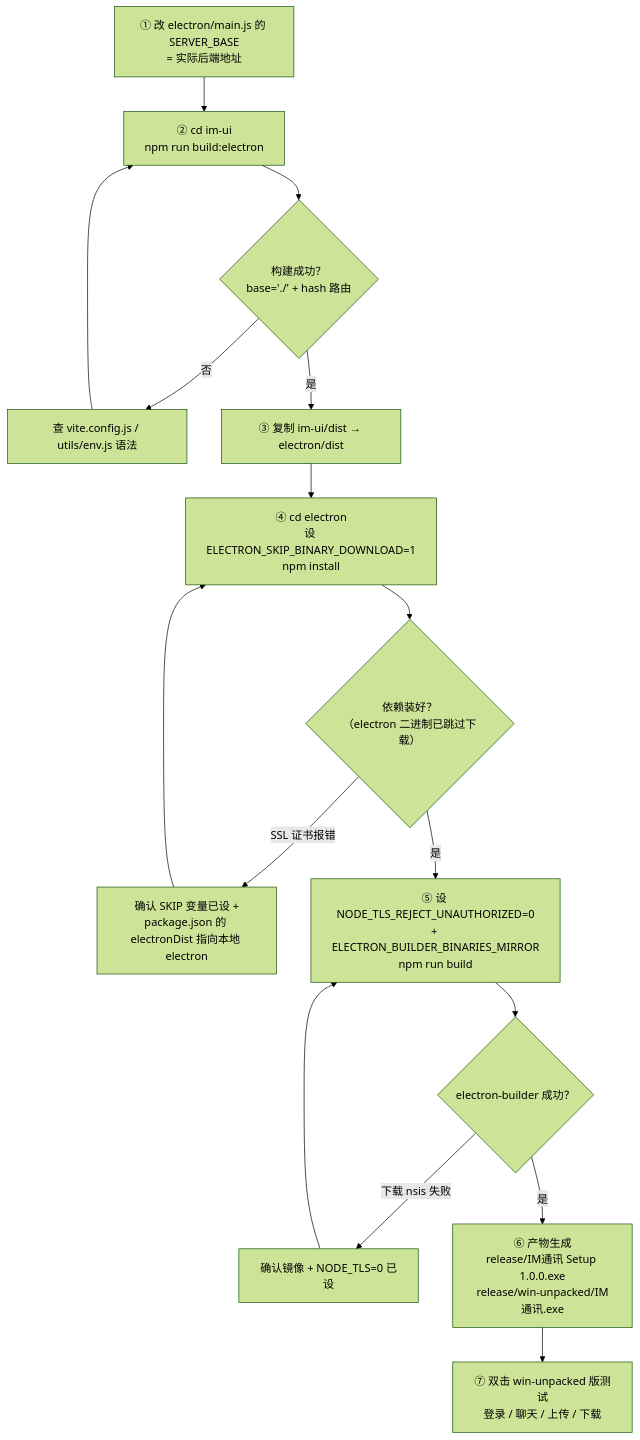
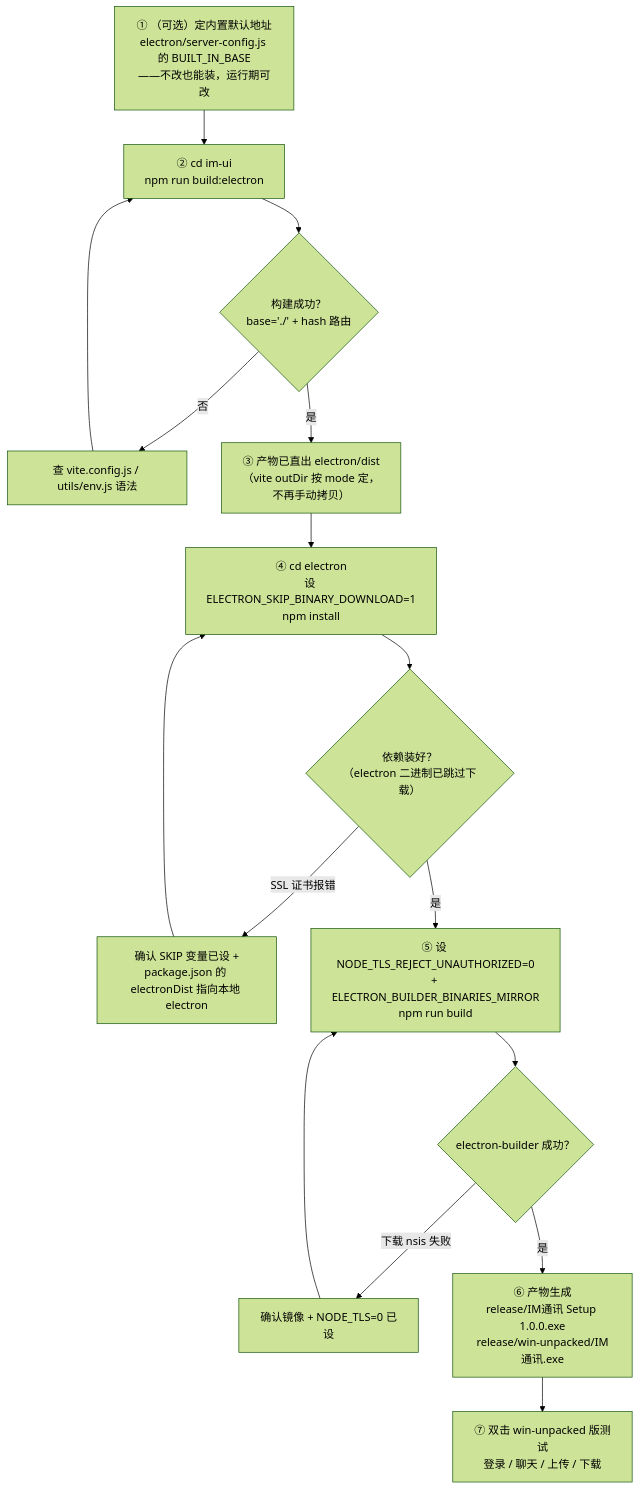
One commit to zhuxiaoyi412826/Veytalk changed the second of 3 diagrams in md/打包/Electron打包指南.md. Above: the diagram before and after it, drawn with Mermaid (forest theme). The commit also changed other lines of this file and 85 other files, not shown here.

````diff
--- a/md/打包/Electron打包指南.md
+++ b/md/打包/Electron打包指南.md
@@ -65,15 +65,15 @@
 ```mermaid
 flowchart TD
-    A["① 改 electron/main.js 的 SERVER_BASE<br/>= 实际后端地址"] --> B["② cd im-ui<br/>npm run build:electron"]
+    A["① （可选）定内置默认地址<br/>electron/server-config.js 的 BUILT_IN_BASE<br/>——不改也能装，运行期可改"] --> B["② cd im-ui<br/>npm run build:electron"]
     B --> C{"构建成功？<br/>base='./' + hash 路由"}
     C -->|否| C1["查 vite.config.js / utils/env.js 语法"] --> B
-    C -->|是| D["③ 复制 im-ui/dist → electron/dist"]
+    C -->|是| D["③ 产物已直出 electron/dist<br/>（vite outDir 按 mode 定，不再手动拷贝）"]
     D --> E["④ cd electron<br/>设 ELECTRON_SKIP_BINARY_DOWNLOAD=1<br/>npm install"]
     E --> F{"依赖装好？<br/>（electron 二进制已跳过下载）"}
     F -->|SSL 证书报错| F1["确认 SKIP 变量已设 +<br/>package.json 的 electronDist 指向本地 electron"] --> E
     F -->|是| G["⑤ 设 NODE_TLS_REJECT_UNAUTHORIZED=0<br/>+ ELECTRON_BUILDER_BINARIES_MIRROR<br/>npm run build"]
     G --> H{"electron-builder 成功？"}
     H -->|下载 nsis 失败| H1["确认镜像 + NODE_TLS=0 已设"] --> G
     H -->|是| I["⑥ 产物生成<br/>release/IM通讯 Setup 1.0.0.exe<br/>release/win-unpacked/IM通讯.exe"]
     I --> J["⑦ 双击 win-unpacked 版测试<br/>登录 / 聊天 / 上传 / 下载"]
 ```
````
